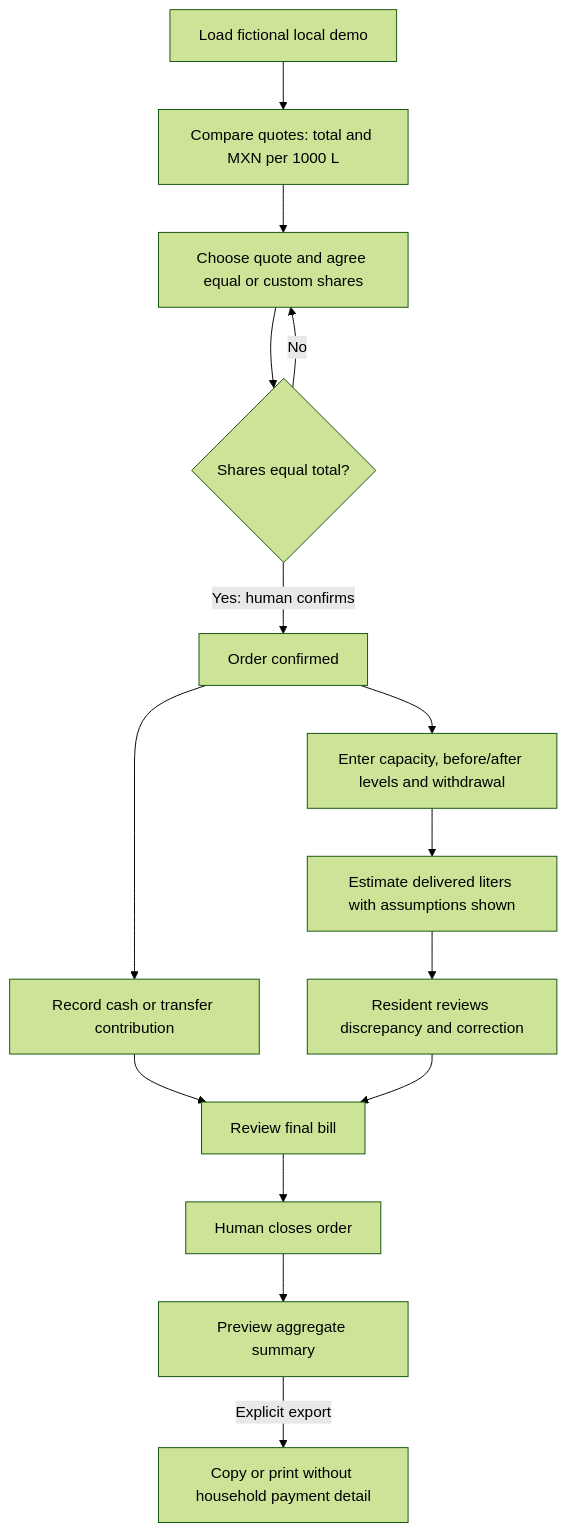
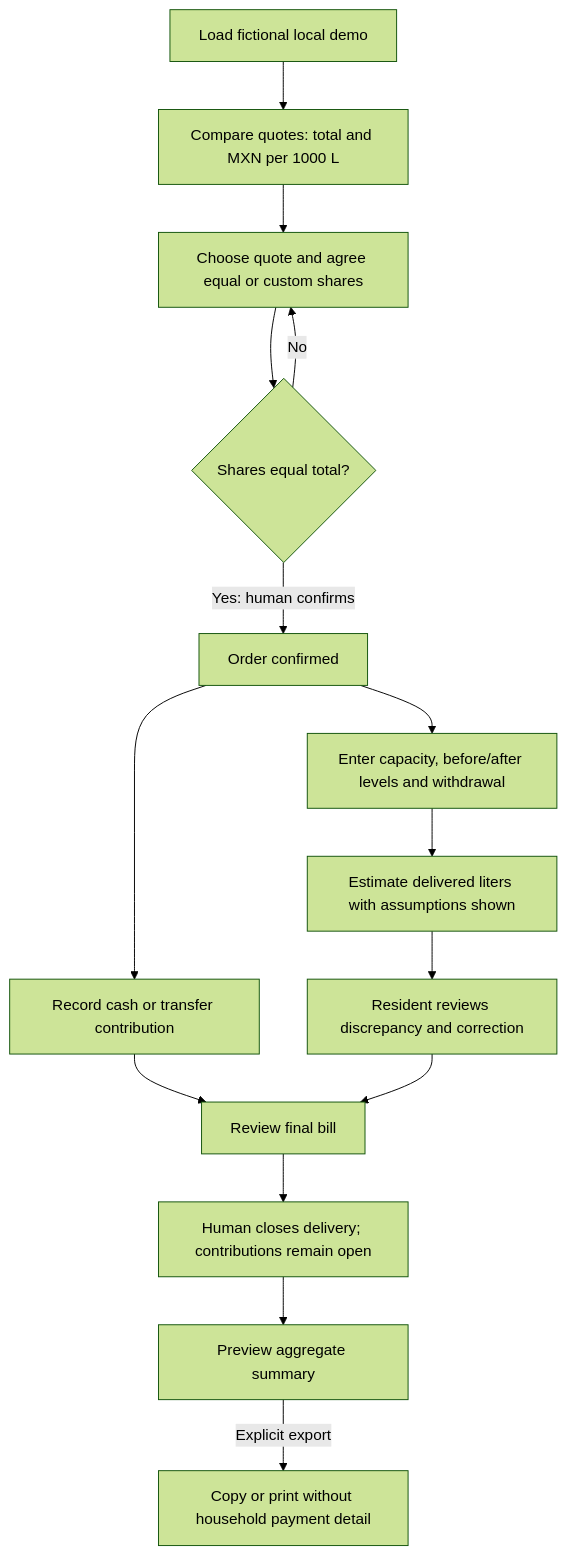
Before and after one commit to rodrigobuilds3-creator/pipa-entre-vecinos-week11: the first of 2 diagrams in docs/PACKET.md, drawn with Mermaid (forest theme). The commit also changed other lines of this file and 30 other files, not shown here.

````diff
--- a/docs/PACKET.md
+++ b/docs/PACKET.md
@@ -21,17 +21,17 @@
 ```mermaid
 flowchart TD
   A[Load fictional local demo] --> B[Compare quotes: total and MXN per 1000 L]
   B --> C[Choose quote and agree equal or custom shares]
   C --> D{Shares equal total?}
   D -->|No| C
   D -->|Yes: human confirms| E[Order confirmed]
   E --> F[Record cash or transfer contribution]
   E --> G[Enter capacity, before/after levels and withdrawal]
   G --> H[Estimate delivered liters with assumptions shown]
   H --> I[Resident reviews discrepancy and correction]
   F --> J[Review final bill]
   I --> J
-  J --> K[Human closes order]
+  J --> K[Human closes delivery; contributions remain open]
   K --> L[Preview aggregate summary]
   L -->|Explicit export| M[Copy or print without household payment detail]
 ```
````
